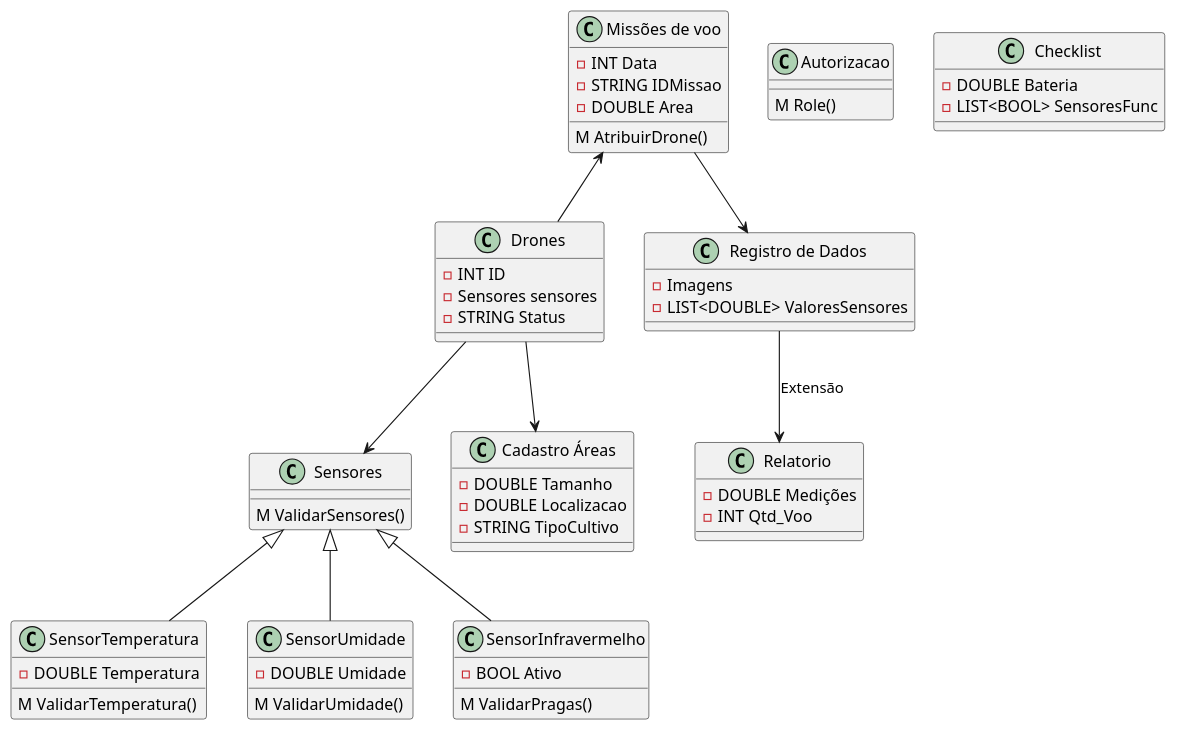
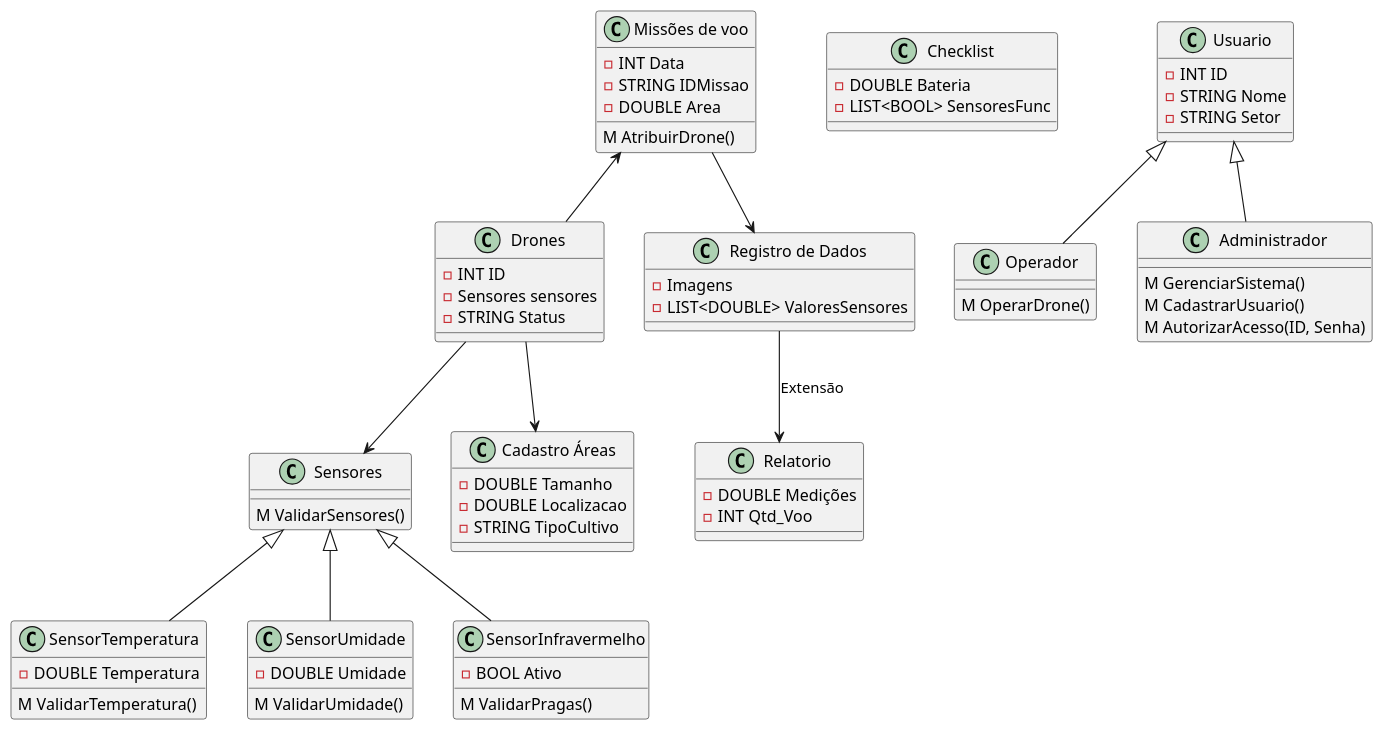
Before and after one commit to JoaoVitorMintz/Trabalho-de-Projeto-de-Software: the diagram in docs/ClassDiagram.puml, drawn with PlantUML.

Commit message:
Adição da classe Usuário + Operador de Drone + Adiministrador (com métodos de segurança)

```diff
--- a/docs/ClassDiagram.puml
+++ b/docs/ClassDiagram.puml
@@ -1,79 +1,95 @@
 @startuml ClassDiagram
 ' =============================
 ' Classes de Sensores
 ' =============================
 class Sensores {
   M ValidarSensores()
 }
 
 class SensorTemperatura {
   - DOUBLE Temperatura
   M ValidarTemperatura()
 }
 
 class SensorUmidade {
   - DOUBLE Umidade
   M ValidarUmidade()
 }
 
 class SensorInfravermelho {
   - BOOL Ativo
   M ValidarPragas()
 }
 
 Sensores <|-- SensorTemperatura
 Sensores <|-- SensorUmidade
 Sensores <|-- SensorInfravermelho
 
 ' =============================
 ' Classes de Drones e Missões
 ' =============================
 class Drones {
   - INT ID
   - Sensores sensores
   - STRING Status
 }
 
 class "Missões de voo" as MissoesVoo {
   - INT Data
   - STRING IDMissao
   - DOUBLE Area
   M AtribuirDrone()
 }
 
 class "Cadastro Áreas" as CadastroAreas {
   - DOUBLE Tamanho
   - DOUBLE Localizacao
   - STRING TipoCultivo
 }
 
 class "Registro de Dados" as RegistroDados {
   - Imagens
   - LIST<DOUBLE> ValoresSensores
 }
 
 class Relatorio {
   - DOUBLE Medições
   - INT Qtd_Voo
 }
 
 MissoesVoo <-- Drones
 Drones --> Sensores
 Drones --> CadastroAreas
 MissoesVoo --> RegistroDados
 RegistroDados --> Relatorio : "Extensão"
 
 ' =============================
-' Outras Classes
+' Checklist
 ' =============================
-
-class Autorizacao {
-  M Role()
-  ' Verificação de role ADM ou Operador
-}
-
 class Checklist {
   - DOUBLE Bateria
   - LIST<BOOL> SensoresFunc
 }
+
+' =============================
+' Usuário + Herança
+' =============================
+class Usuario {
+  - INT ID
+  - STRING Nome
+  - STRING Setor
+}
+
+class Operador {
+  M OperarDrone()
+}
+
+class Administrador {
+  M GerenciarSistema()
+  M CadastrarUsuario()
+  M AutorizarAcesso(ID, Senha)
+}
+
+Usuario <|-- Operador
+Usuario <|-- Administrador
 @enduml
```
